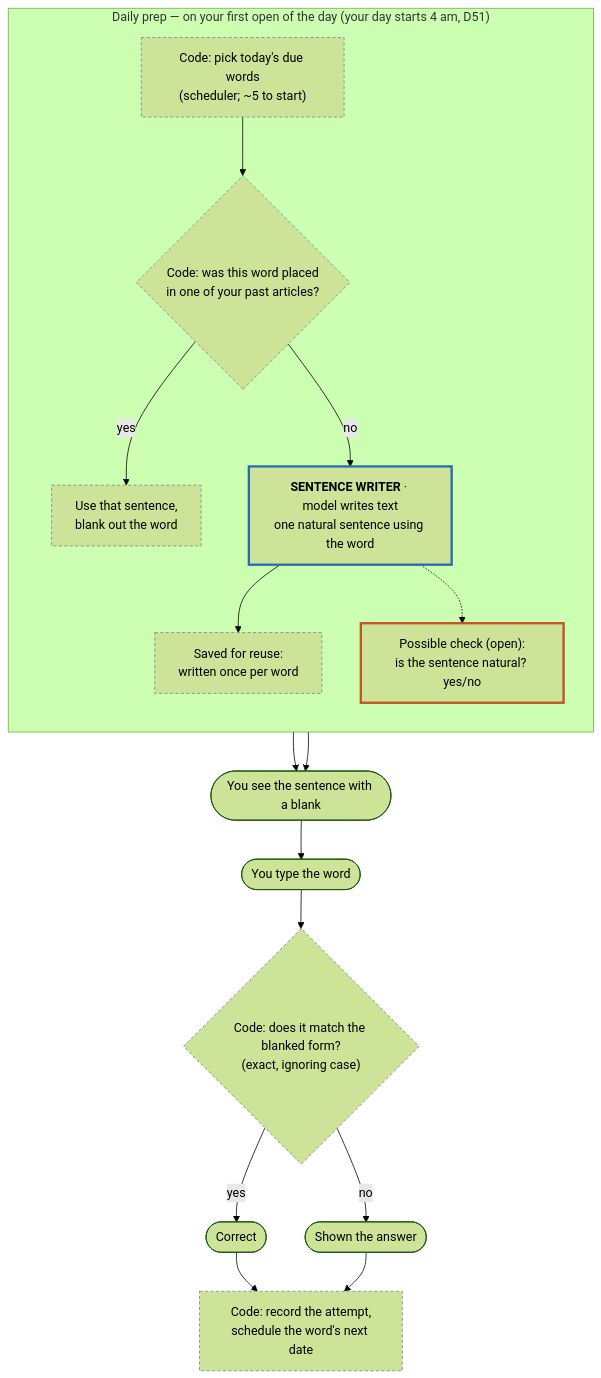
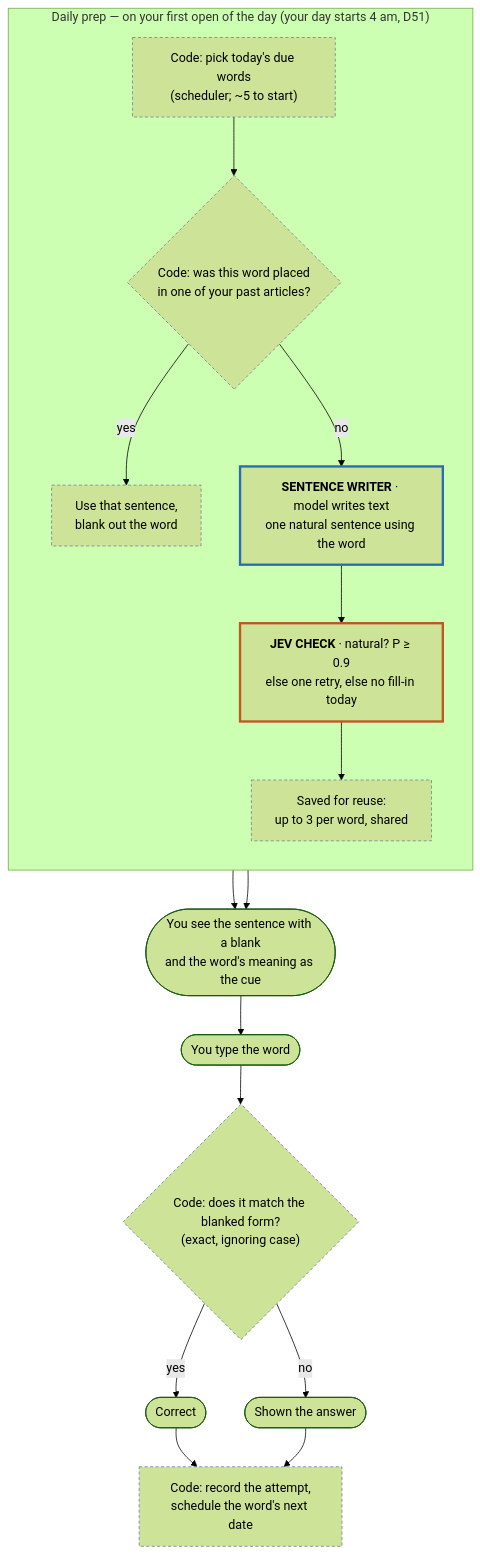
Before and after one commit to nurgazik/RetAIn: the diagram in diagrams/flow-fill-in-the-word.md, drawn with Mermaid (forest theme). The commit also changed other lines of this file and 13 other files, not shown here.

````diff
--- a/diagrams/flow-fill-in-the-word.md
+++ b/diagrams/flow-fill-in-the-word.md
@@ -6,24 +5,24 @@
 ```mermaid
 flowchart TD
     subgraph PREP["Daily prep — on your first open of the day (your day starts 4 am, D51)"]
         direction TB
         P1["Code: pick today's due words<br/>(scheduler; ~5 to start)"]:::code --> P2{"Code: was this word placed<br/>in one of your past articles?"}:::code
         P2 -- yes --> P3["Use that sentence,<br/>blank out the word"]:::code
         P2 -- no --> P4["<b>SENTENCE WRITER</b> · model writes text<br/>one natural sentence using the word"]:::writer
-        P4 --> P5["Saved for reuse:<br/>written once per word"]:::code
-        P4 -.-> P6["Possible check (open):<br/>is the sentence natural? yes/no"]:::gate
+        P6 --> P5["Saved for reuse:<br/>up to 3 per word, shared"]:::code
+        P4 --> P6["<b>JEV CHECK</b> · natural? P ≥ 0.9<br/>else one retry, else no fill-in today"]:::gate
     end
 
     P3 --> X
     P5 --> X
-    X([You see the sentence with a blank]) --> Y([You type the word])
+    X([You see the sentence with a blank<br/>and the word's meaning as the cue]) --> Y([You type the word])
     Y --> Z{"Code: does it match the blanked form?<br/>(exact, ignoring case)"}:::code
     Z -- yes --> OK([Correct])
     Z -- no --> NO([Shown the answer])
     OK --> S["Code: record the attempt,<br/>schedule the word's next date"]:::code
     NO --> S
 
     classDef writer stroke:#2b6cb0,stroke-width:3px
     classDef gate stroke:#c05621,stroke-width:3px
     classDef code stroke:#718096,stroke-dasharray:4 3
 ```
````
